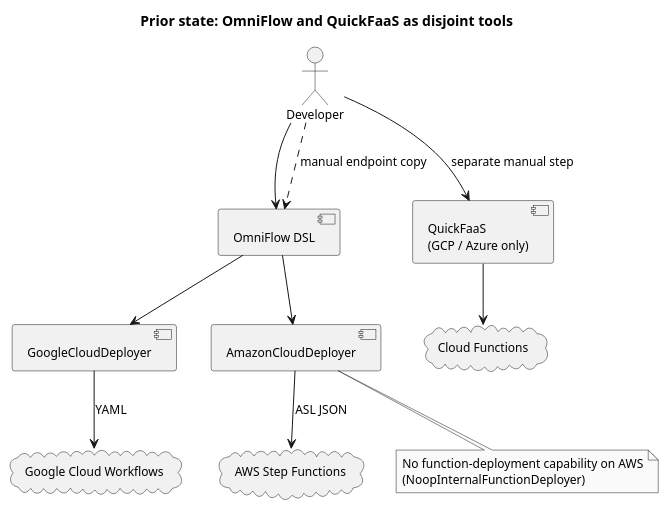
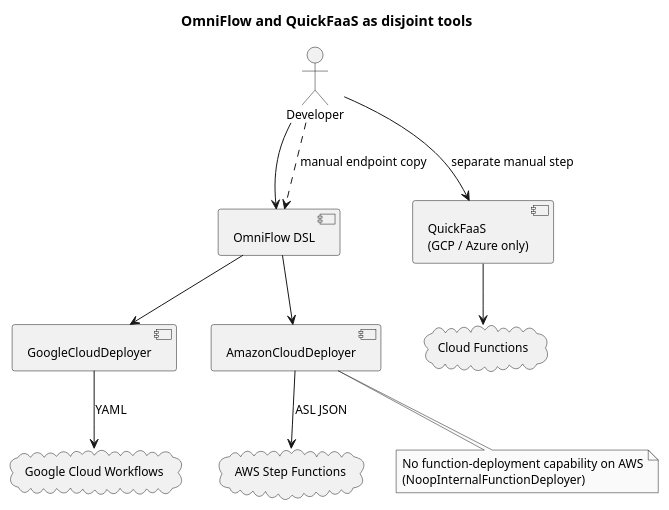
Before and after one commit to EngenheiroPedroCarvalho/ISEL-Thesis-2526: the diagram in diagrams/architecture-before.puml, drawn with PlantUML.

```diff
--- a/diagrams/architecture-before.puml
+++ b/diagrams/architecture-before.puml
@@ -1,29 +1,29 @@
 @startuml architecture-before
 skinparam monochrome true
 skinparam shadowing false
 skinparam defaultFontSize 12
-title Prior state: OmniFlow and QuickFaaS as disjoint tools
+title OmniFlow and QuickFaaS as disjoint tools
 
 actor Developer as D1
 component "OmniFlow DSL" as DSL1
 component "GoogleCloudDeployer" as GCD1
 component "AmazonCloudDeployer" as ACD1
 component "QuickFaaS\n(GCP / Azure only)" as QF1
 cloud "Google Cloud Workflows" as GCW1
 cloud "AWS Step Functions" as SF1
 cloud "Cloud Functions" as FN1
 
 D1 --> DSL1
 D1 --> QF1 : separate manual step
 D1 ..> DSL1 : manual endpoint copy
 DSL1 --> GCD1
 DSL1 --> ACD1
 GCD1 --> GCW1 : YAML
 ACD1 --> SF1 : ASL JSON
 QF1 --> FN1
 
 note bottom of ACD1
   No function-deployment capability on AWS
   (NoopInternalFunctionDeployer)
 end note
 @enduml
```
